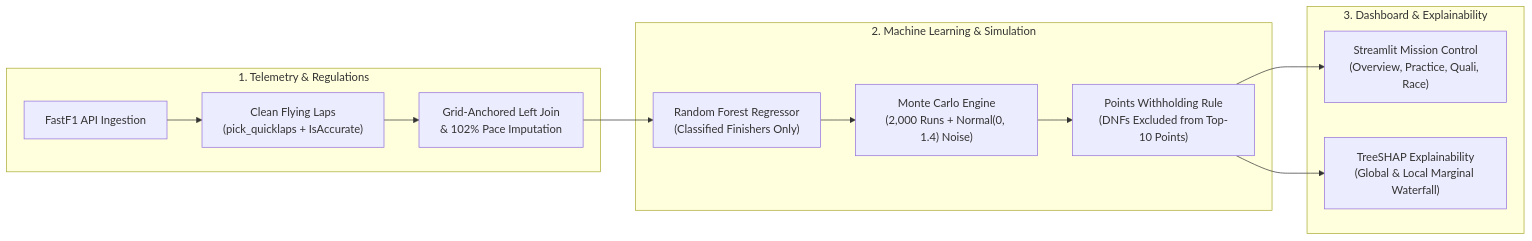
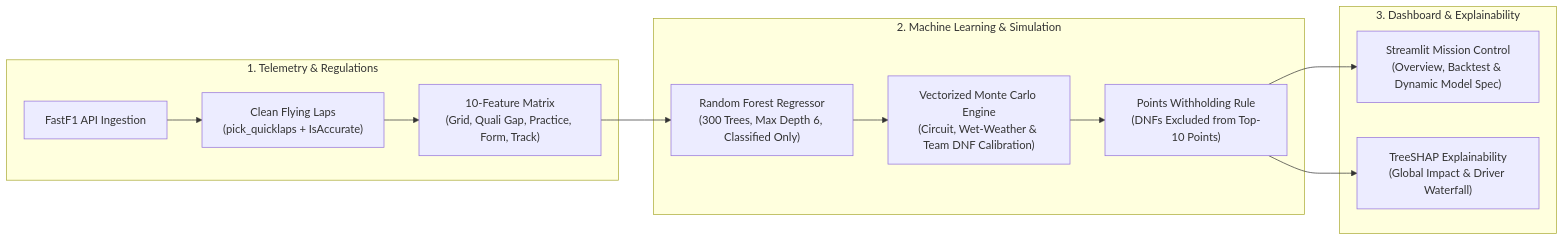
One commit to BLShaw/F1-Predictor changed the diagram in README.md. Above: the diagram before and after it, drawn with Mermaid. The commit also changed other lines of this file and 288 other files, not shown here.

First line of the commit message:
feat: upgrade ML features, vectorize Monte Carlo, fix UI & cache, and configure CI model updates

````diff
--- a/README.md
+++ b/README.md
@@ -15,18 +15,18 @@
 ```mermaid
 flowchart LR
     subgraph Data["1. Telemetry & Regulations"]
         A["FastF1 API Ingestion"] --> B["Clean Flying Laps\n(pick_quicklaps + IsAccurate)"]
-        B --> C["Grid-Anchored Left Join\n& 102% Pace Imputation"]
+        B --> C["10-Feature Matrix\n(Grid, Quali Gap, Practice, Form, Track)"]
     end
 
     subgraph Model["2. Machine Learning & Simulation"]
-        C --> D["Random Forest Regressor\n(Classified Finishers Only)"]
-        D --> E["Monte Carlo Engine\n(2,000 Runs + Normal(0, 1.4) Noise)"]
+        C --> D["Random Forest Regressor\n(300 Trees, Max Depth 6, Classified Only)"]
+        D --> E["Vectorized Monte Carlo Engine\n(Circuit, Wet-Weather & Team DNF Calibration)"]
         E --> F["Points Withholding Rule\n(DNFs Excluded from Top-10 Points)"]
     end
 
     subgraph Serving["3. Dashboard & Explainability"]
-        F --> G["Streamlit Mission Control\n(Overview, Practice, Quali, Race)"]
-        F --> H["TreeSHAP Explainability\n(Global & Local Marginal Waterfall)"]
+        F --> G["Streamlit Mission Control\n(Overview, Backtest & Dynamic Model Spec)"]
+        F --> H["TreeSHAP Explainability\n(Global Impact & Driver Waterfall)"]
     end
 ```
````
